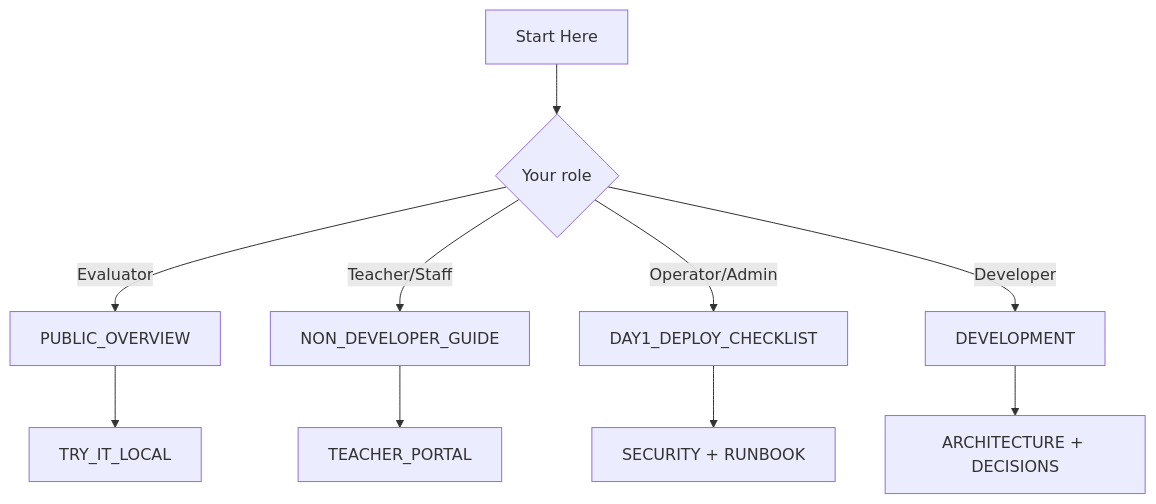
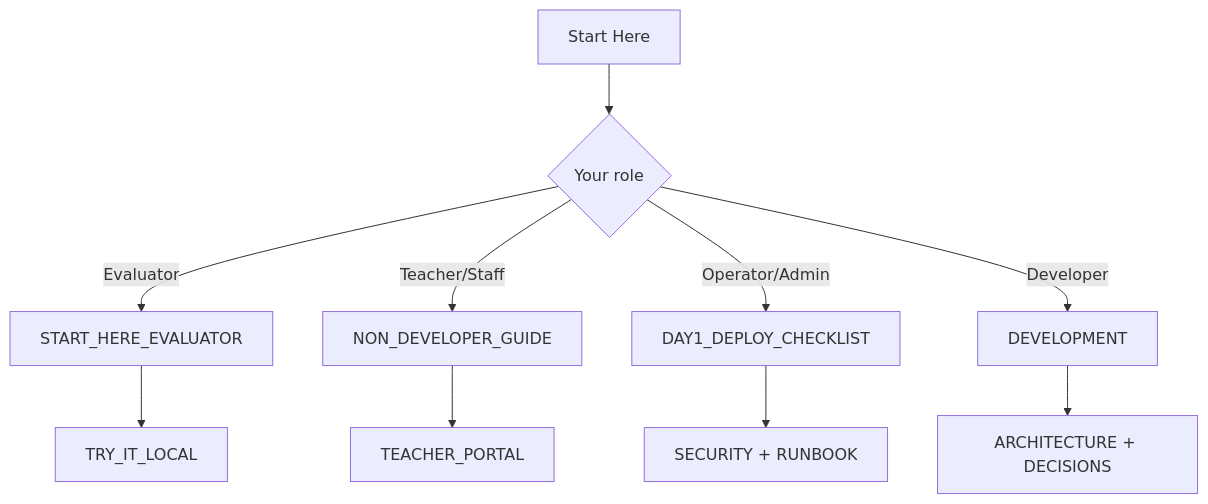
One commit to bseverns/classhub changed the diagram in docs/START_HERE.md. Above: the diagram before and after it, drawn with Mermaid. The commit also changed other lines of this file and 13 other files, not shown here.

````diff
--- a/docs/START_HERE.md
+++ b/docs/START_HERE.md
@@ -54,12 +56,12 @@
 ```mermaid
 flowchart TD
   A[Start Here] --> B{Your role}
-  B -->|Evaluator| C[PUBLIC_OVERVIEW]
+  B -->|Evaluator| C[START_HERE_EVALUATOR]
   C --> D[TRY_IT_LOCAL]
   B -->|Teacher/Staff| E[NON_DEVELOPER_GUIDE]
   E --> F[TEACHER_PORTAL]
   B -->|Operator/Admin| G[DAY1_DEPLOY_CHECKLIST]
   G --> H[SECURITY + RUNBOOK]
   B -->|Developer| I[DEVELOPMENT]
   I --> J[ARCHITECTURE + DECISIONS]
 ```
````
